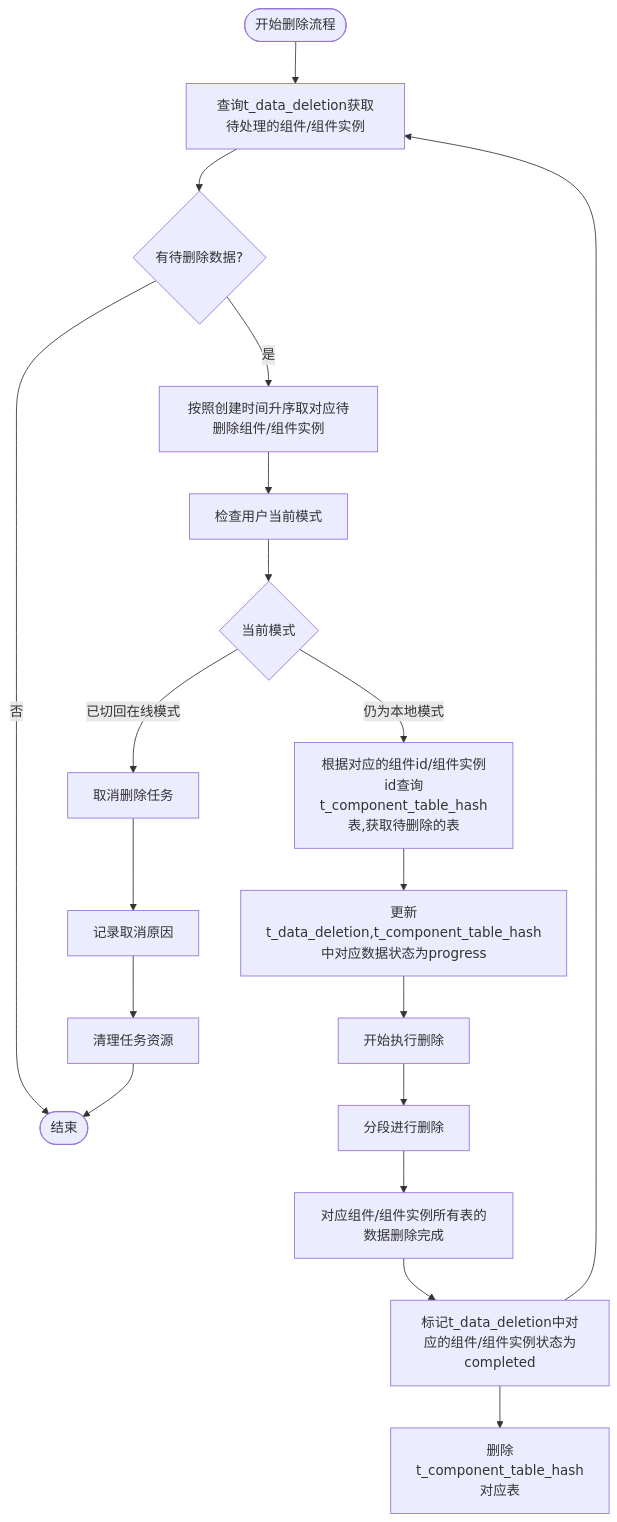
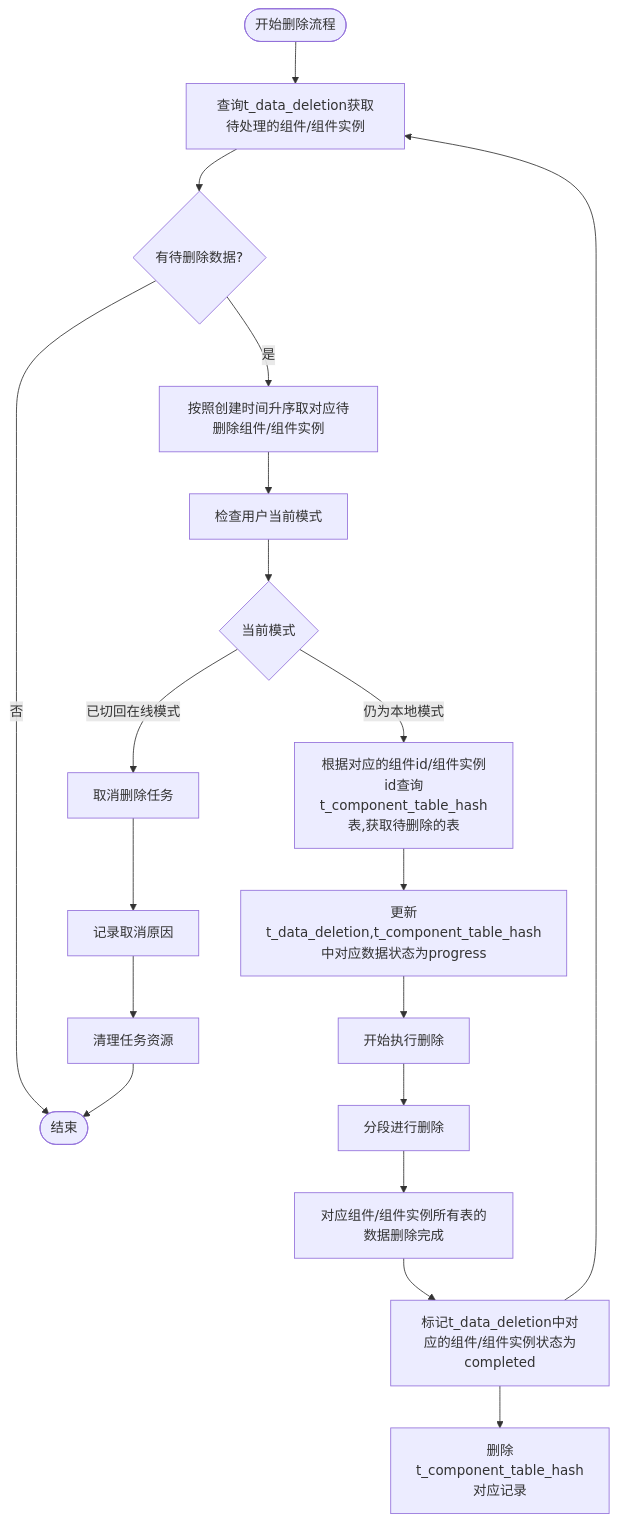
Before and after one commit to yingjianzh/iodraw-files: the diagram in all/未命名-51.md, drawn with Mermaid.

Commit message:
2025-05-08 15:49:11 update

````diff
--- a/all/未命名-51.md
+++ b/all/未命名-51.md
@@ -1,30 +1,30 @@
 ```mermaid
 flowchart TD
     Start([开始删除流程]) --> FetchTasks[查询t_data_deletion获取待处理的组件/组件实例]
     FetchTasks --> HasTasks{有待删除数据?}
     
     HasTasks -->|否| End([结束])
     HasTasks -->|是| PrioritizeTasks[按照创建时间升序取对应待删除组件/组件实例]
     
     PrioritizeTasks --> CheckUserMode[检查用户当前模式]
     
     CheckUserMode --> CurrentMode{当前模式}
     CurrentMode -->|已切回在线模式| TaskCancel[取消删除任务]
     CurrentMode -->|仍为本地模式| LockTask[根据对应的组件id/组件实例id查询t_component_table_hash表,获取待删除的表]
     
     LockTask --> UpdateStatus[更新t_data_deletion,t_component_table_hash中对应数据状态为progress]
     UpdateStatus --> BeginDeletion[开始执行删除]
     
     BeginDeletion --> A[分段进行删除]
     
     A --> B[对应组件/组件实例所有表的数据删除完成]
     B --> MarkCompleted[标记t_data_deletion中对应的组件/组件实例状态为completed]
     
-    MarkCompleted --> MarkHash[删除t_component_table_hash对应表]
+    MarkCompleted --> MarkHash[删除t_component_table_hash对应记录]
     
     TaskCancel --> LogCancellation[记录取消原因]
     LogCancellation --> CleanupTask[清理任务资源]
     
     MarkCompleted --> FetchTasks
     CleanupTask --> End
 ```
````
